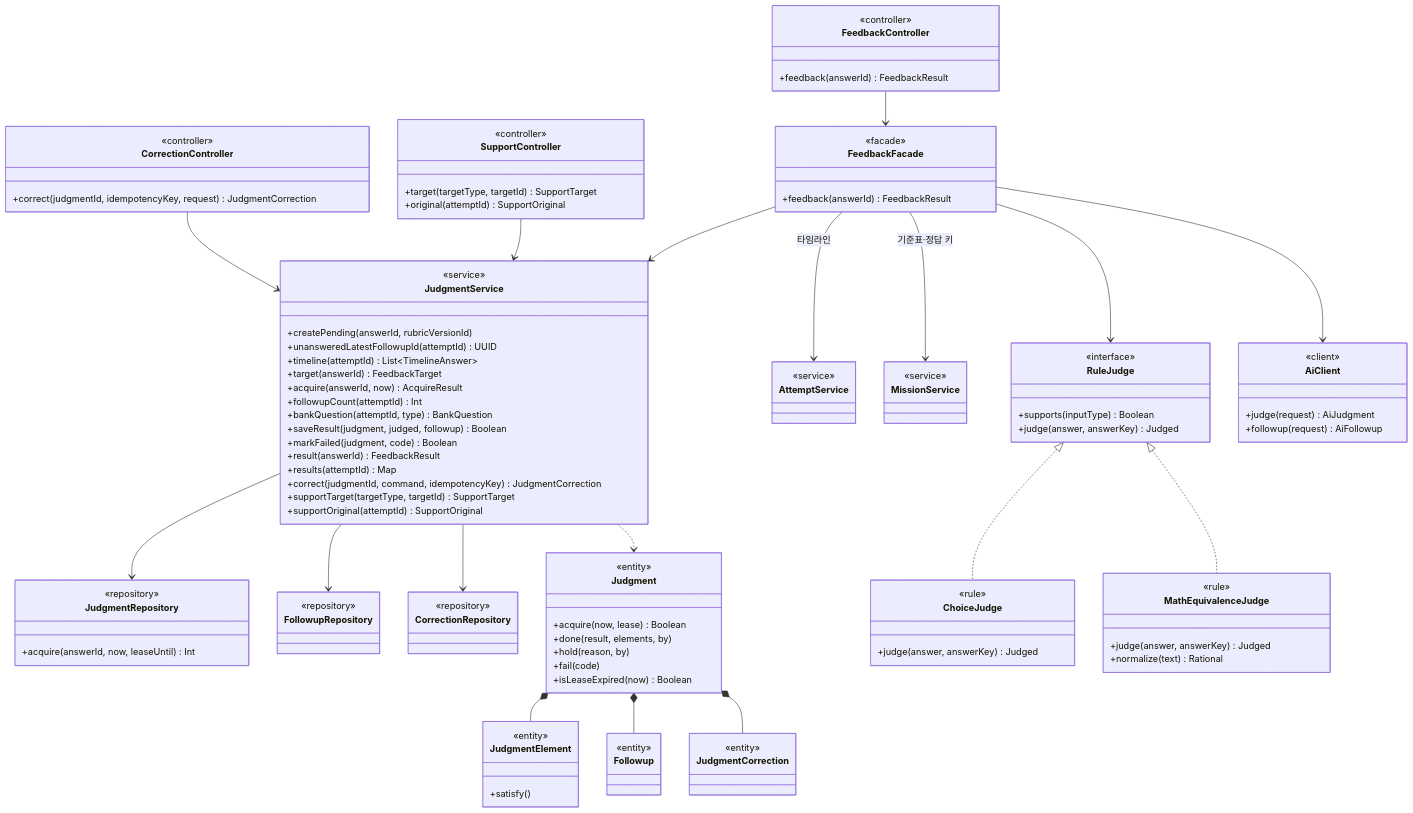
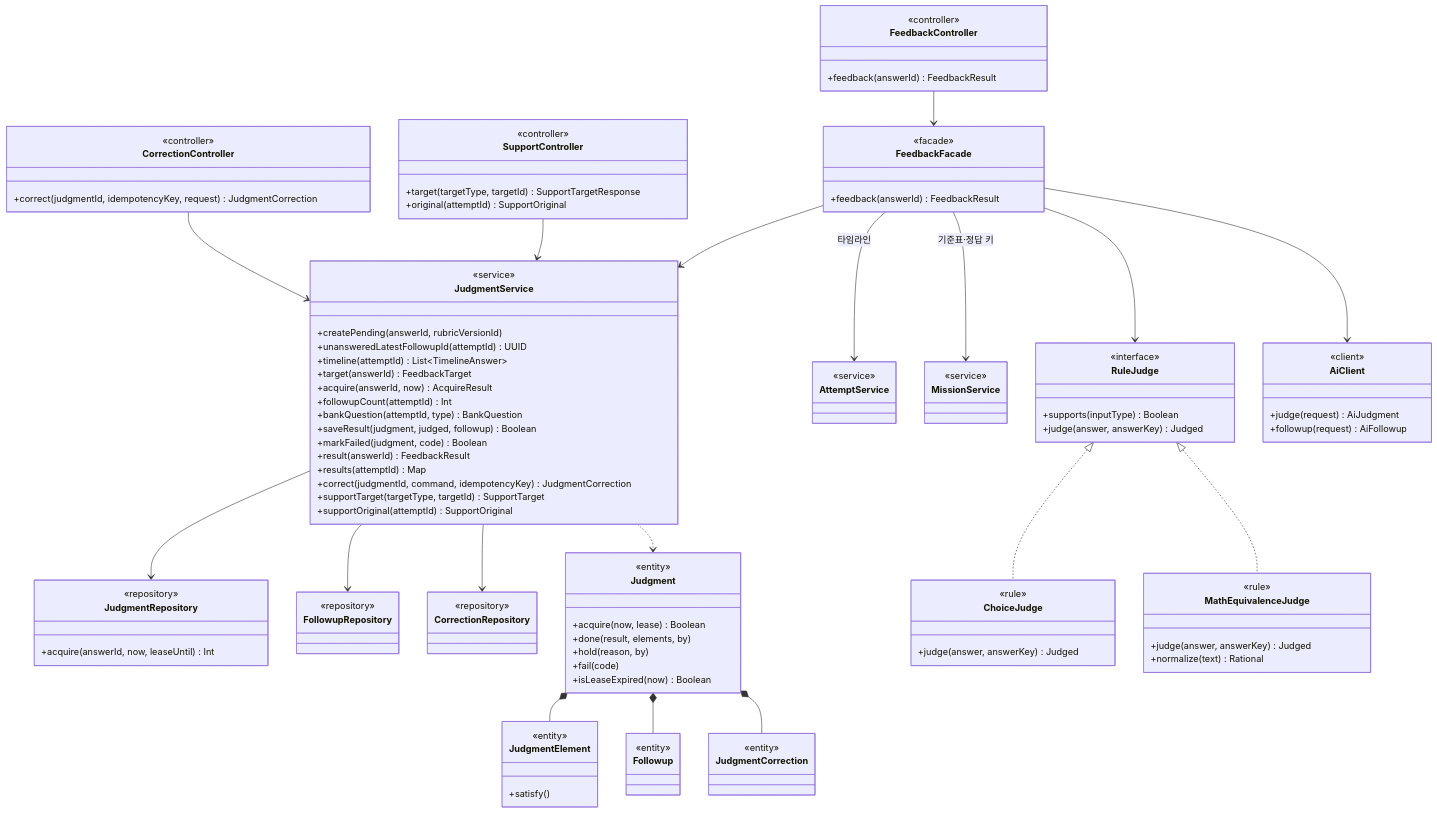
Before and after one commit to SKNETWORKS-FAMILY-AICAMP/SKN34-FINAL-3TEAM: the ninth of 15 diagrams in docs/design/class-diagram.md, drawn with Mermaid. The commit also changed 2 other files, not shown here.

Commit message:
docs: #169 domain 프레임워크 의존 정리 보고서

```diff
--- a/docs/design/class-diagram.md
+++ b/docs/design/class-diagram.md
@@ -1284,7 +1284,7 @@
   }
   class SupportController {
     <<controller>>
-    +target(targetType, targetId) SupportTarget
+    +target(targetType, targetId) SupportTargetResponse
     +original(attemptId) SupportOriginal
   }
   class FeedbackFacade {
```
